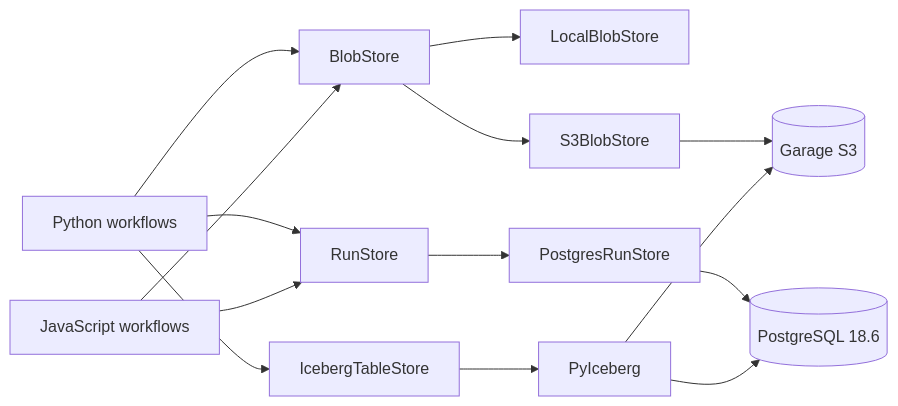
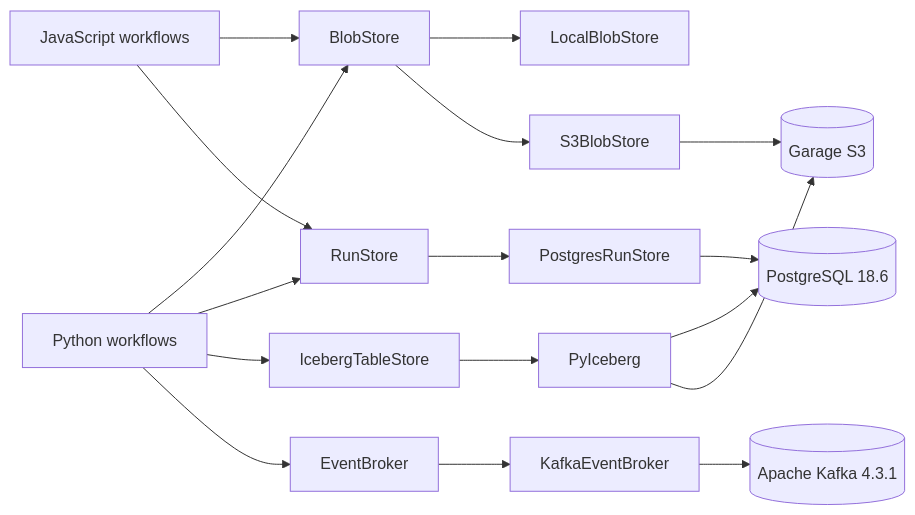
The diagram in docs/milestone-m3.md (DiogoRibeiro7/data-platform-lab), drawn with Mermaid before and after one commit. The commit also changed other lines of this file, not shown here.

Commit message:
docs: add Kafka broker phase to M3

````diff
--- a/docs/milestone-m3.md
+++ b/docs/milestone-m3.md
@@ -13,16 +13,19 @@
 ```mermaid
 flowchart LR
     PY[Python workflows] --> B[BlobStore]
     JS[JavaScript workflows] --> B
     PY --> R[RunStore]
     JS --> R
     PY --> I[IcebergTableStore]
+    PY --> E[EventBroker]
     B --> Local[LocalBlobStore]
     B --> S3[S3BlobStore]
     S3 --> Garage[(Garage S3)]
     R --> PG[PostgresRunStore]
     PG --> DB[(PostgreSQL 18.6)]
     I --> PI[PyIceberg]
     PI --> DB
     PI --> Garage
+    E --> K[KafkaEventBroker]
+    K --> Kafka[(Apache Kafka 4.3.1)]
 ```
````
